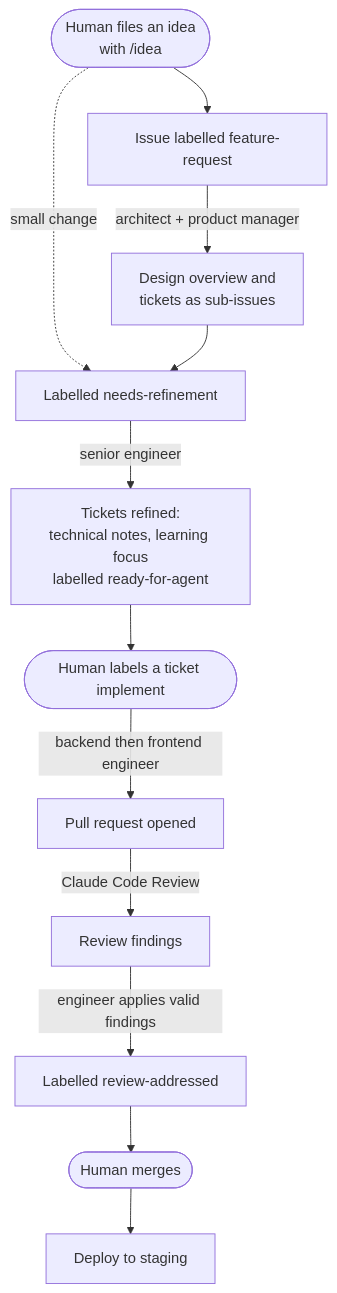
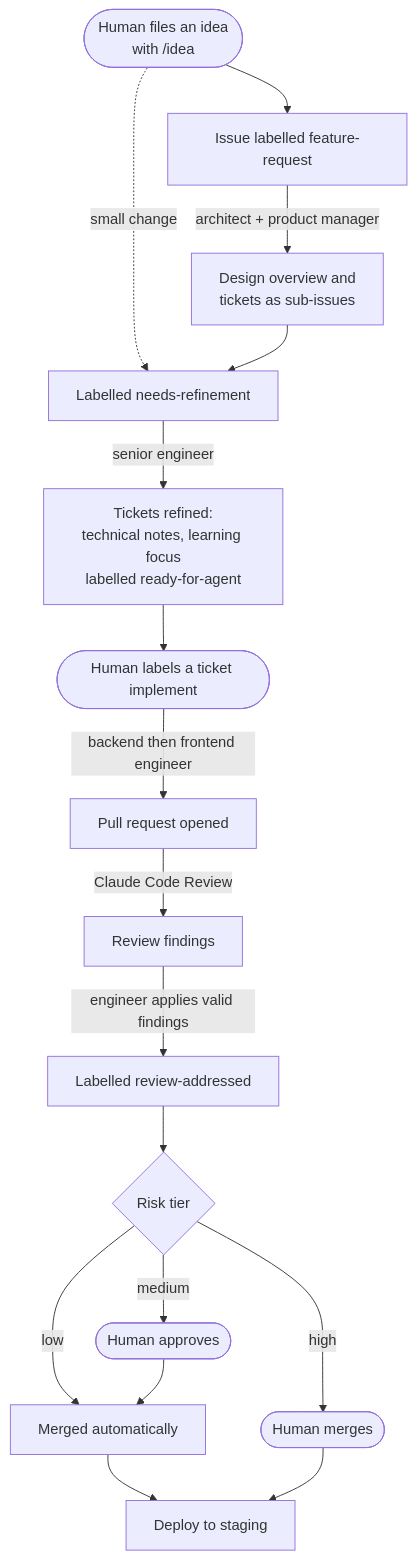
The diagram in README.md (AbnerWillclefy/Homeowner), drawn with Mermaid before and after one commit. The commit also changed other lines of this file, not shown here.

Commit message:
docs(readme): describe the llm allocator, admin app, risk-tier merges and ponytail

````diff
--- a/README.md
+++ b/README.md
@@ -79,14 +80,19 @@
 ```mermaid
 flowchart TD
     H1([Human files an idea<br/>with /idea]) --> FR[Issue labelled feature-request]
     FR -->|architect + product manager| EP[Design overview and<br/>tickets as sub-issues]
     H1 -.->|small change| NR
     EP --> NR[Labelled needs-refinement]
     NR -->|senior engineer| RA[Tickets refined:<br/>technical notes, learning focus<br/>labelled ready-for-agent]
     RA --> H2([Human labels a ticket implement])
     H2 -->|backend then frontend engineer| PR[Pull request opened]
     PR -->|Claude Code Review| RV[Review findings]
     RV -->|engineer applies valid findings| RD[Labelled review-addressed]
-    RD --> H3([Human merges])
-    H3 --> ST[Deploy to staging]
+    RD --> RT{Risk tier}
+    RT -->|low| AM[Merged automatically]
+    RT -->|medium| H3([Human approves])
+    RT -->|high| H4([Human merges])
+    H3 --> AM
+    AM --> ST[Deploy to staging]
+    H4 --> ST
 ```
````
